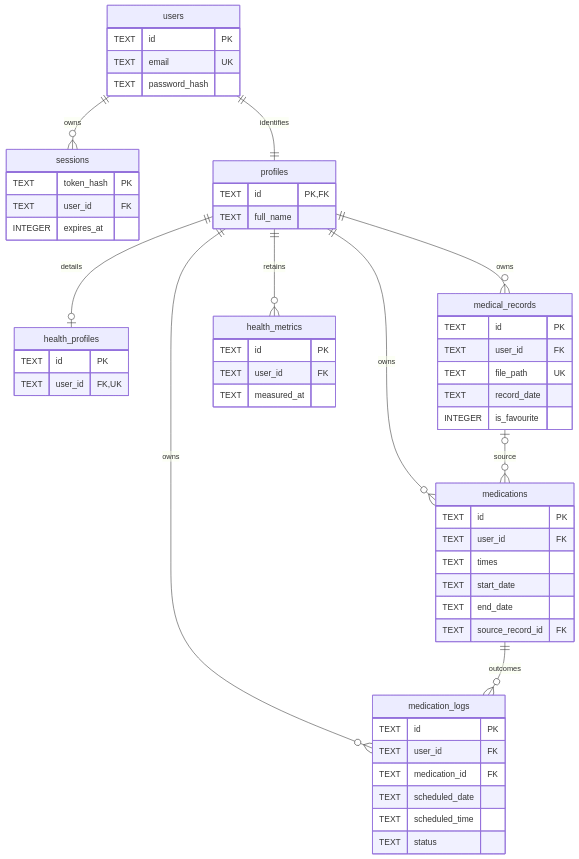
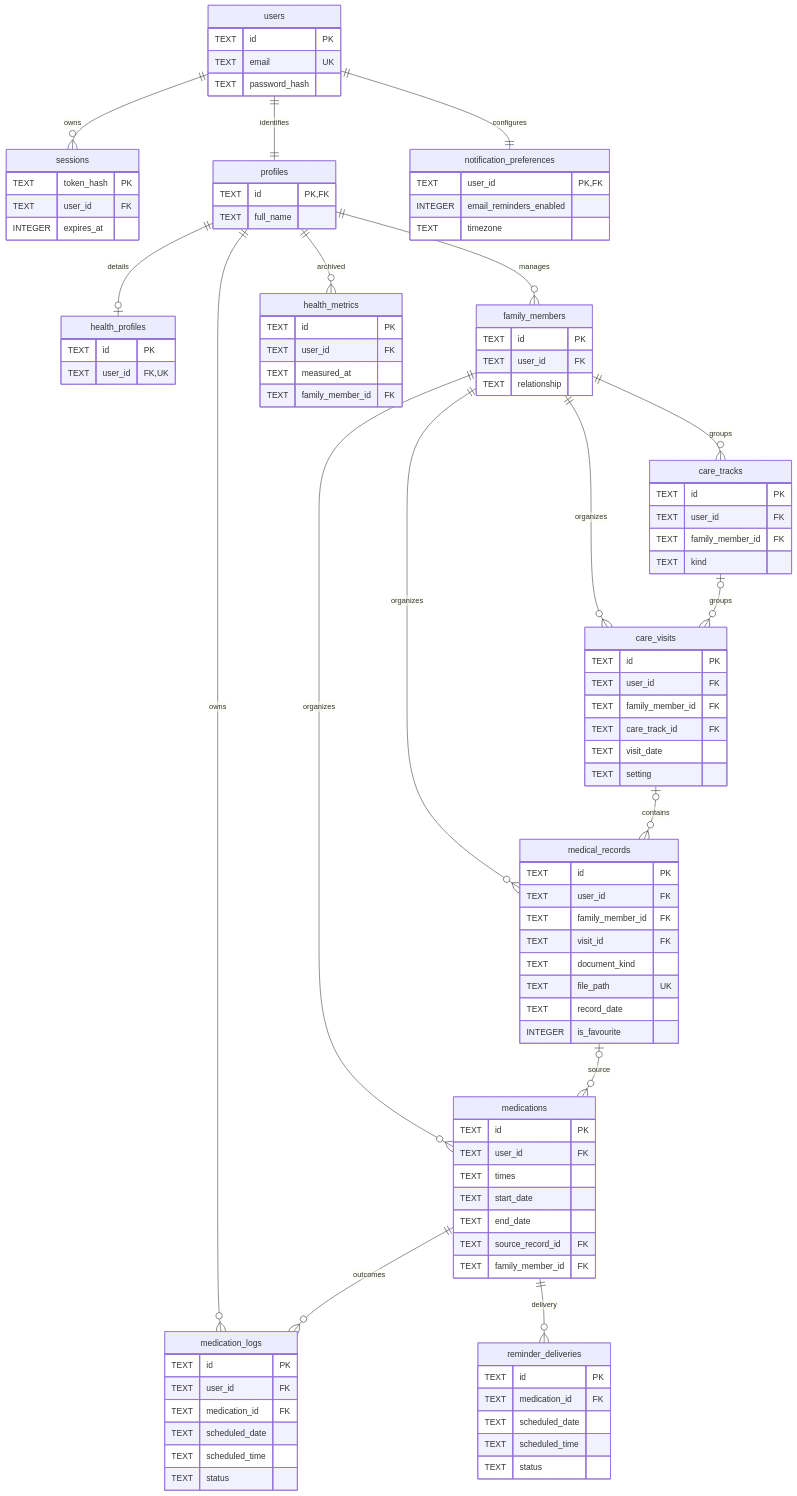
One commit to adrock18/medivault changed the third of 3 diagrams in docs/architecture.md. Above: the diagram before and after it, drawn with Mermaid. The commit also changed other lines of this file and 106 other files, not shown here.

````diff
--- a/docs/architecture.md
+++ b/docs/architecture.md
@@ -67,12 +72,19 @@
   users ||--o{ sessions : owns
   users ||--|| profiles : identifies
   profiles ||--o| health_profiles : details
-  profiles ||--o{ medical_records : owns
-  profiles ||--o{ medications : owns
+  profiles ||--o{ family_members : manages
+  family_members ||--o{ medical_records : organizes
+  family_members ||--o{ medications : organizes
+  family_members ||--o{ care_tracks : groups
+  family_members ||--o{ care_visits : organizes
+  care_tracks o|--o{ care_visits : groups
+  care_visits o|--o{ medical_records : contains
   profiles ||--o{ medication_logs : owns
-  profiles ||--o{ health_metrics : retains
   medications ||--o{ medication_logs : outcomes
   medical_records o|--o{ medications : source
+  profiles ||--o{ health_metrics : archived
+  users ||--|| notification_preferences : configures
+  medications ||--o{ reminder_deliveries : delivery
   users {
     TEXT id PK
     TEXT email UK
@@ -91,9 +103,17 @@
     TEXT id PK
     TEXT user_id FK,UK
   }
+  family_members {
+    TEXT id PK
+    TEXT user_id FK
+    TEXT relationship
+  }
   medical_records {
     TEXT id PK
     TEXT user_id FK
+    TEXT family_member_id FK
+    TEXT visit_id FK
+    TEXT document_kind
     TEXT file_path UK
     TEXT record_date
     INTEGER is_favourite
@@ -105,6 +125,21 @@
     TEXT start_date
     TEXT end_date
     TEXT source_record_id FK
+    TEXT family_member_id FK
+  }
+  care_tracks {
+    TEXT id PK
+    TEXT user_id FK
+    TEXT family_member_id FK
+    TEXT kind
+  }
+  care_visits {
+    TEXT id PK
+    TEXT user_id FK
+    TEXT family_member_id FK
+    TEXT care_track_id FK
+    TEXT visit_date
+    TEXT setting
   }
   medication_logs {
     TEXT id PK
@@ -118,5 +153,18 @@
     TEXT id PK
     TEXT user_id FK
     TEXT measured_at
+    TEXT family_member_id FK
+  }
+  notification_preferences {
+    TEXT user_id PK,FK
+    INTEGER email_reminders_enabled
+    TEXT timezone
+  }
+  reminder_deliveries {
+    TEXT id PK
+    TEXT medication_id FK
+    TEXT scheduled_date
+    TEXT scheduled_time
+    TEXT status
   }
 ```
````
